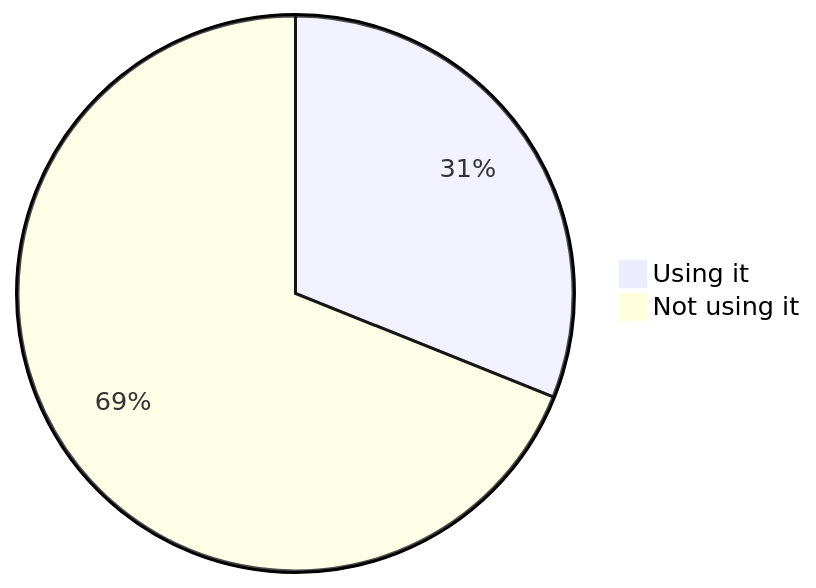
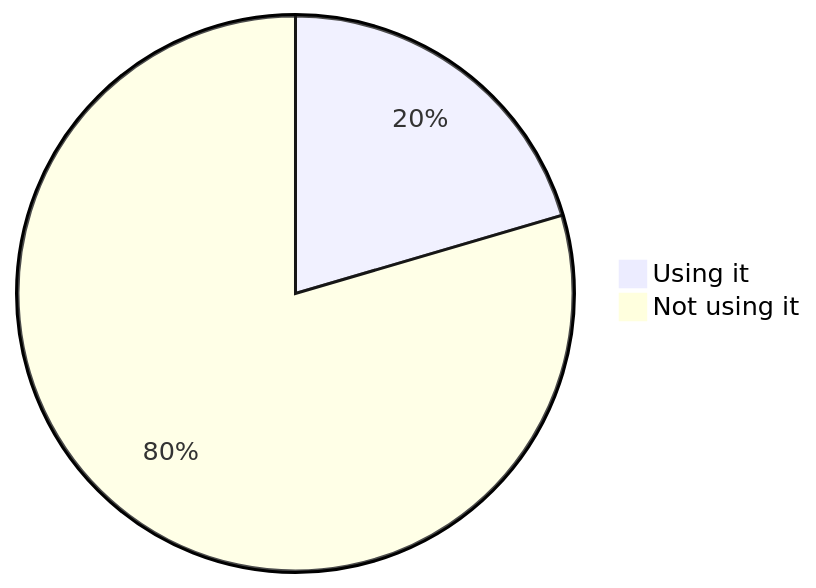
Before and after one commit to oshp/oshp-stats: diagram 16 of 18 in stats.md, drawn with Mermaid. The commit also changed other lines of this file and 1 other file, not shown here.

````diff
--- a/stats.md
+++ b/stats.md
@@ -188,6 +188,6 @@
 ```mermaid
 pie
-	"Using it" : 31.07
-	"Not using it" : 68.93
+	"Using it" : 20.46
+	"Not using it" : 79.54
 
 ```
````
